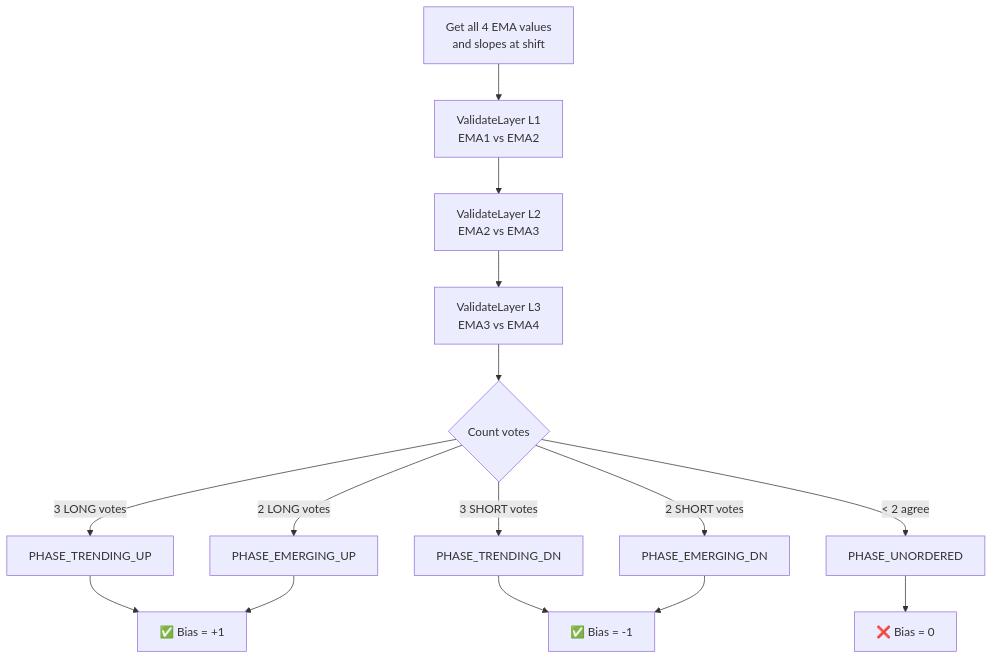
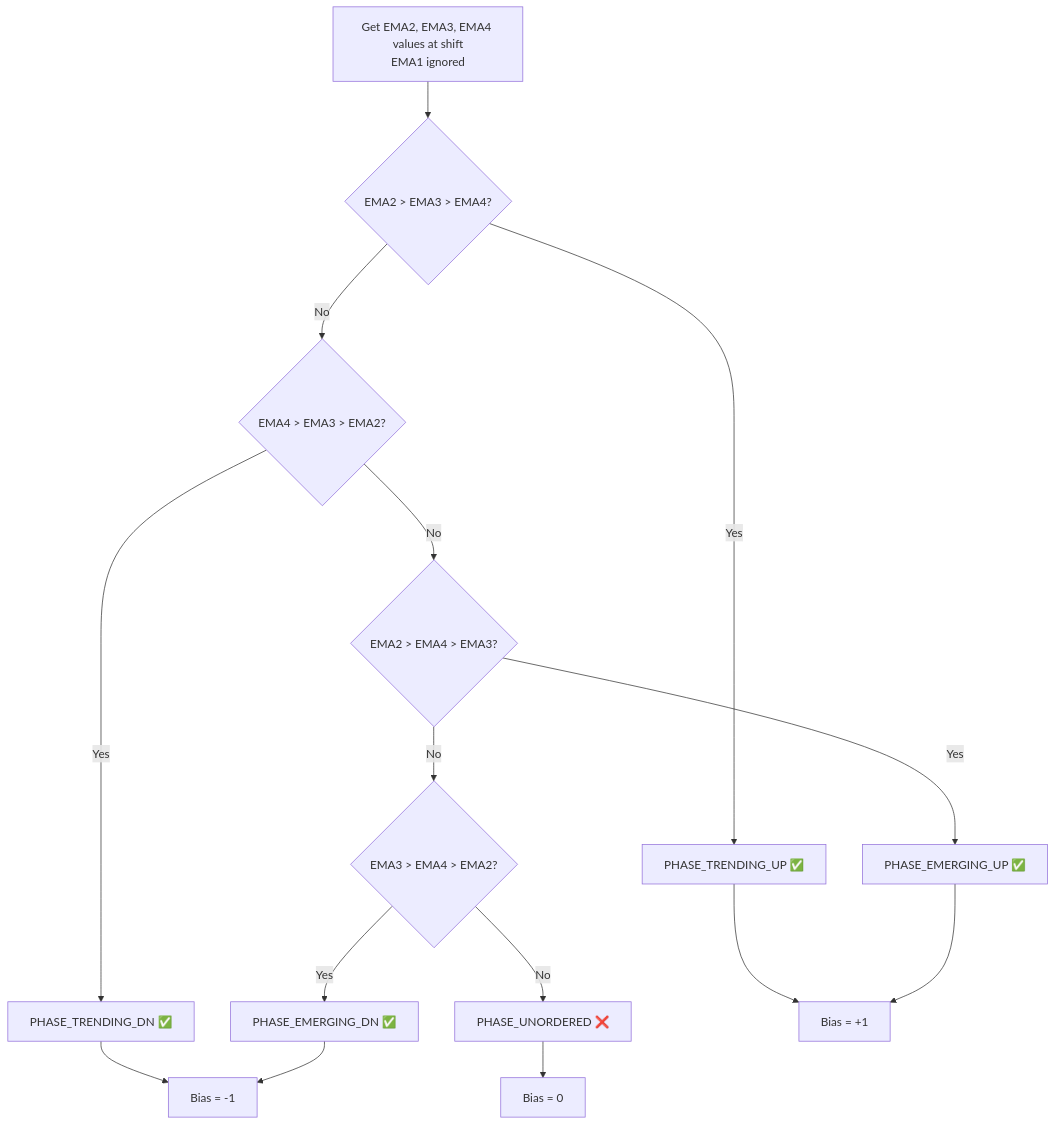
Before and after one commit to msmaciej/RRM_SEA: the first of 9 diagrams in Legacy/README_SYSTEM.md, drawn with Mermaid. The commit also changed other lines of this file and 4 other files, not shown here.

First line of the commit message:
Fix DetectMarketPhase, GetTakeProfitPips, and update documentation

````diff
--- a/Legacy/README_SYSTEM.md
+++ b/Legacy/README_SYSTEM.md
@@ -293,19 +267,18 @@
 ```mermaid
 graph TD
-    A[Get all 4 EMA values<br/>and slopes at shift] --> B[ValidateLayer L1<br/>EMA1 vs EMA2]
-    B --> C[ValidateLayer L2<br/>EMA2 vs EMA3]
-    C --> D[ValidateLayer L3<br/>EMA3 vs EMA4]
-    D --> E{Count votes}
+    A[Get EMA2, EMA3, EMA4 values at shift<br/>EMA1 ignored] --> B{EMA2 > EMA3 > EMA4?}
+    B -->|Yes| C[PHASE_TRENDING_UP ✅]
+    B -->|No| D{EMA4 > EMA3 > EMA2?}
+    D -->|Yes| E[PHASE_TRENDING_DN ✅]
+    D -->|No| F{EMA2 > EMA4 > EMA3?}
+    F -->|Yes| G[PHASE_EMERGING_UP ✅]
+    F -->|No| H{EMA3 > EMA4 > EMA2?}
+    H -->|Yes| I[PHASE_EMERGING_DN ✅]
+    H -->|No| J[PHASE_UNORDERED ❌]
 
-    E -->|3 LONG votes| F[PHASE_TRENDING_UP]
-    E -->|3 SHORT votes| G[PHASE_TRENDING_DN]
-    E -->|2 LONG votes| H[PHASE_EMERGING_UP]
-    E -->|2 SHORT votes| I[PHASE_EMERGING_DN]
-    E -->|< 2 agree| J[PHASE_UNORDERED]
-
-    F --> K[✅ Bias = +1]
-    G --> L[✅ Bias = -1]
-    H --> K
+    C --> K[Bias = +1]
+    E --> L[Bias = -1]
+    G --> K
     I --> L
-    J --> M[❌ Bias = 0]
+    J --> M[Bias = 0]
 ```
````
